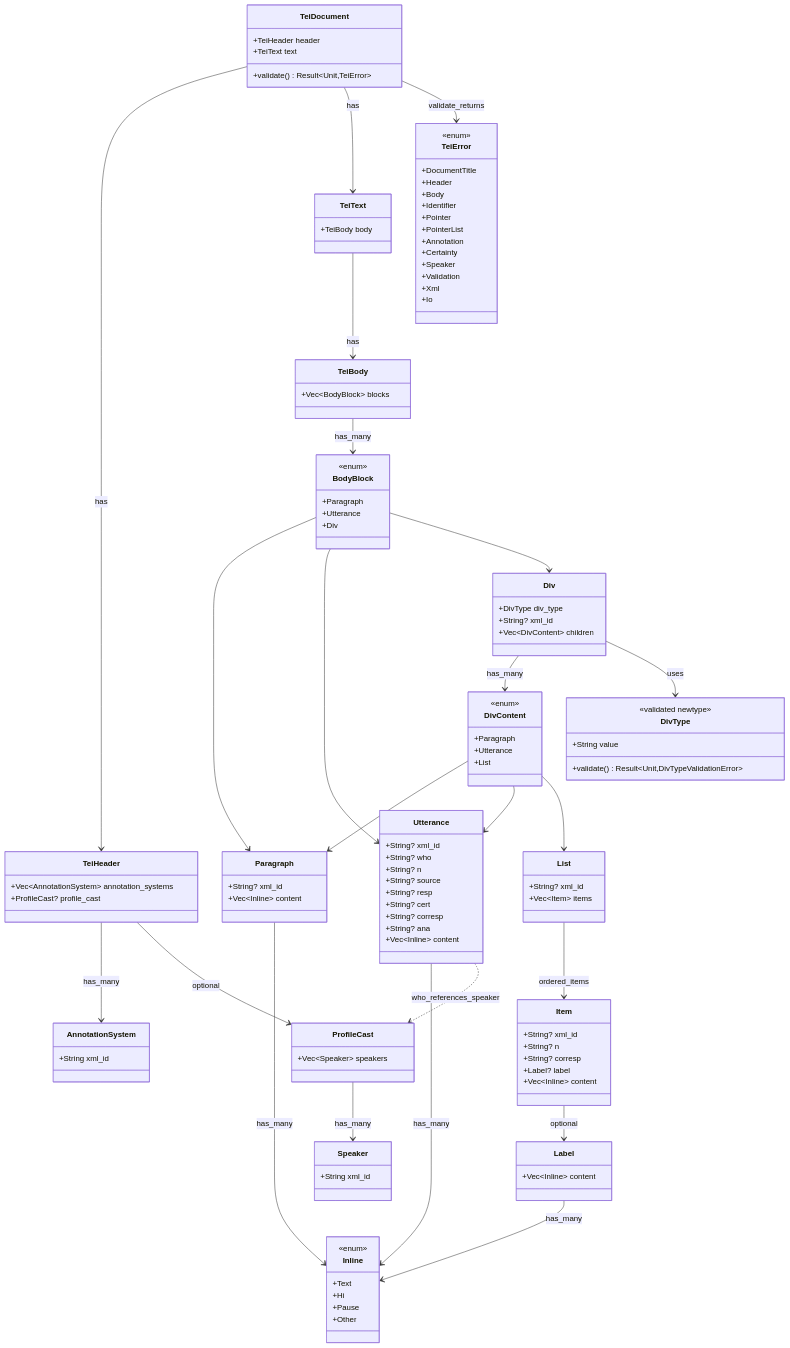
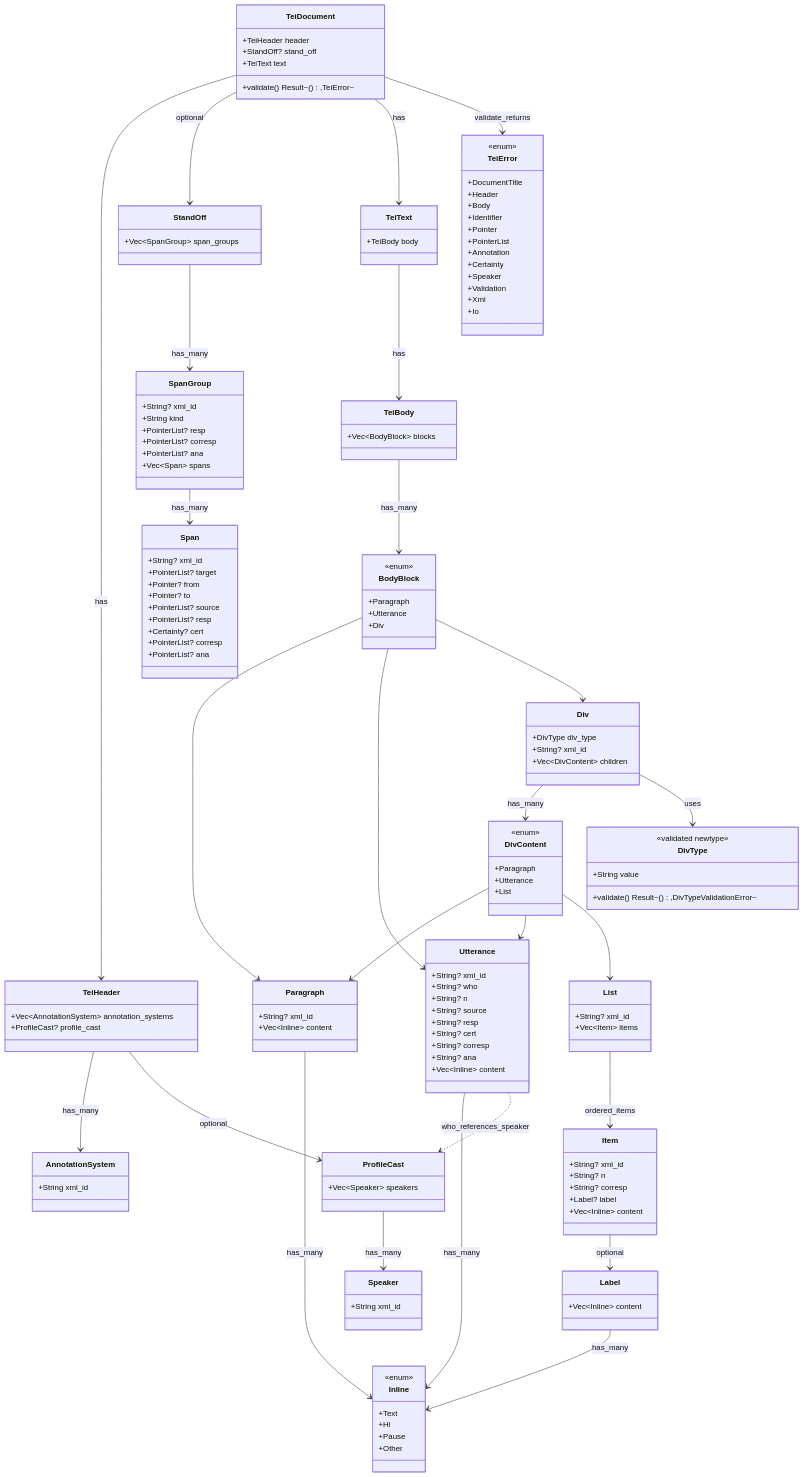
The second of 4 diagrams in docs/tei-rapporteur-design-document.md (leynos/tei-rapporteur), drawn with Mermaid before and after one commit.

Commit message:
feat(tei-document): add StandOff structure to TEI document design
Introduce the StandOff class with associated SpanGroup and Span classes to extend the TEI design document. Update TeiDocument to optionally contain StandOff, and refine validate method return types to improved formats. This enhances the document's capability to represent stand-off markup and related annotations.

```diff
--- a/docs/tei-rapporteur-design-document.md
+++ b/docs/tei-rapporteur-design-document.md
@@ -744,8 +744,9 @@
 
     class TeiDocument {
       +TeiHeader header
+      +StandOff? stand_off
       +TeiText text
-      +validate() Result~Unit,TeiError~
+      +validate() Result~(),TeiError~
     }
 
     class TeiHeader {
@@ -838,7 +839,7 @@
     class DivType {
       <<validated newtype>>
       +String value
-      +validate() Result~Unit,DivTypeValidationError~
+      +validate() Result~(),DivTypeValidationError~
     }
 
     class TeiError {
@@ -857,9 +858,38 @@
       +Io
     }
 
+    class StandOff {
+      +Vec~SpanGroup~ span_groups
+    }
+
+    class SpanGroup {
+      +String? xml_id
+      +String kind
+      +PointerList? resp
+      +PointerList? corresp
+      +PointerList? ana
+      +Vec~Span~ spans
+    }
+
+    class Span {
+      +String? xml_id
+      +PointerList? target
+      +Pointer? from
+      +Pointer? to
+      +PointerList? source
+      +PointerList? resp
+      +Certainty? cert
+      +PointerList? corresp
+      +PointerList? ana
+    }
+
     TeiDocument --> TeiHeader : has
+    TeiDocument --> StandOff : optional
     TeiDocument --> TeiText : has
     TeiDocument --> TeiError : validate_returns
+
+    StandOff --> SpanGroup : has_many
+    SpanGroup --> Span : has_many
 
     TeiHeader --> AnnotationSystem : has_many
     TeiHeader --> ProfileCast : optional
```
